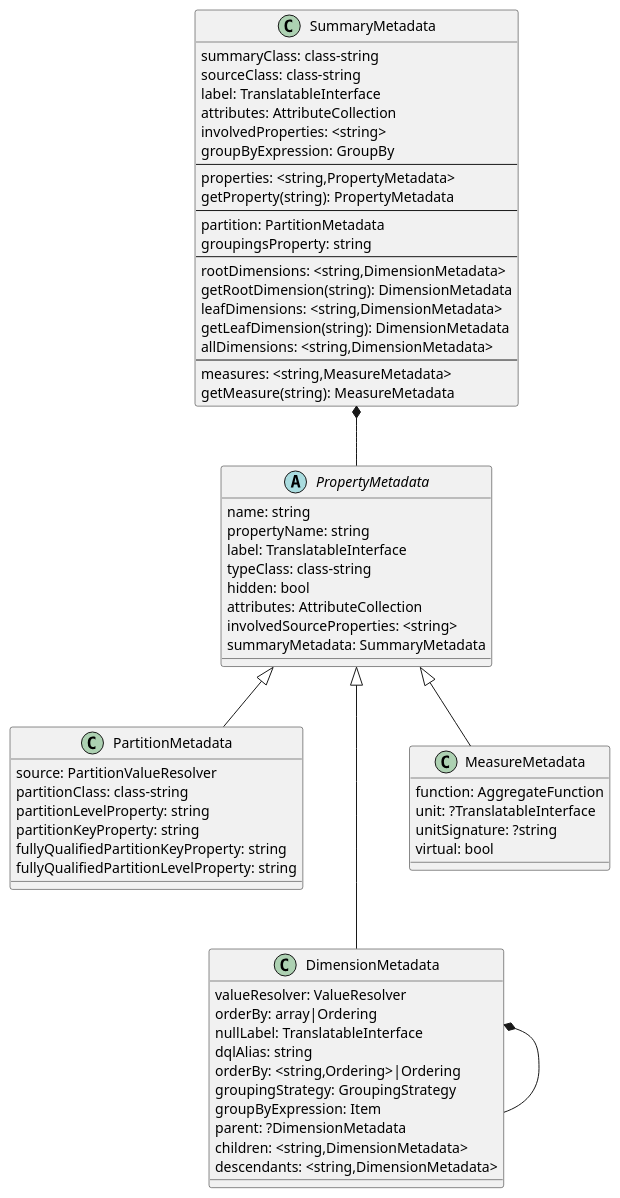
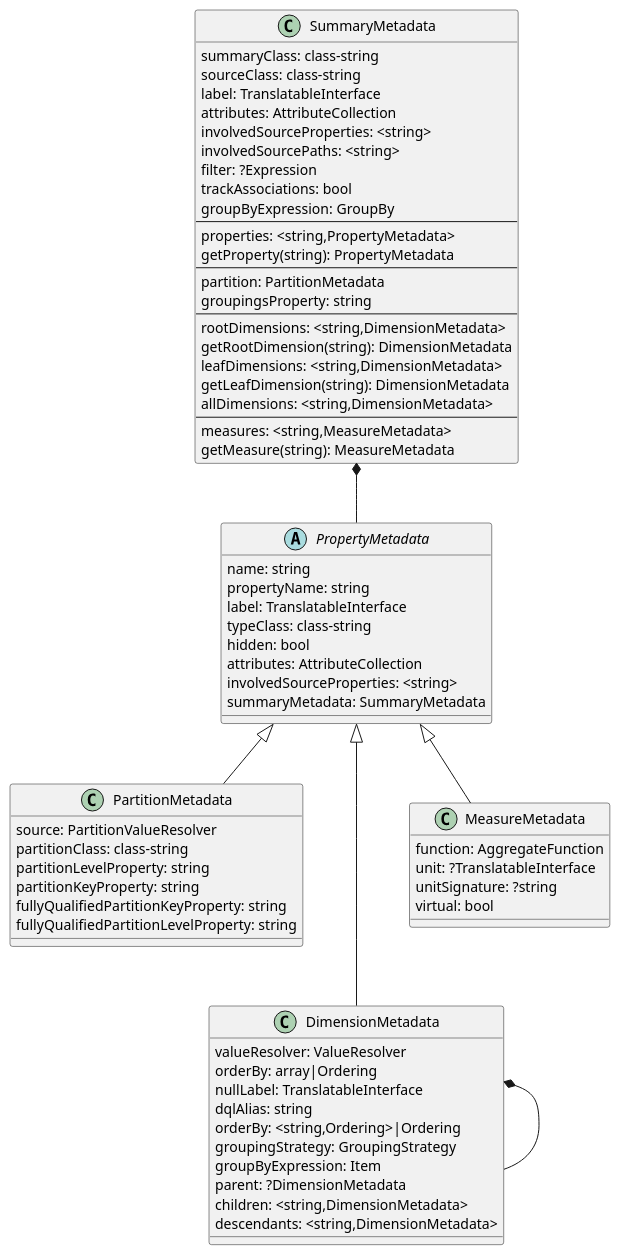
One commit to rekalogika/rekalogika-docs changed the diagram in docs/analytics/10-metadata/diagrams/summary.puml. Above: the diagram before and after it, drawn with PlantUML. The commit also changed 31 other files, not shown here.

```diff
--- a/docs/analytics/10-metadata/diagrams/summary.puml
+++ b/docs/analytics/10-metadata/diagrams/summary.puml
@@ -1,76 +1,79 @@
 @startuml
 
 class SummaryMetadata {
     summaryClass: class-string
     sourceClass: class-string
     label: TranslatableInterface
     attributes: AttributeCollection
-    involvedProperties: <string>
+    involvedSourceProperties: <string>
+    involvedSourcePaths: <string>
+    filter: ?Expression
+    trackAssociations: bool
     groupByExpression: GroupBy
     ---
     properties: <string,PropertyMetadata>
     getProperty(string): PropertyMetadata
     ---
     partition: PartitionMetadata
     groupingsProperty: string
     ---
     rootDimensions: <string,DimensionMetadata>
     getRootDimension(string): DimensionMetadata
     leafDimensions: <string,DimensionMetadata>
     getLeafDimension(string): DimensionMetadata
     allDimensions: <string,DimensionMetadata>
     ---
     measures: <string,MeasureMetadata>
     getMeasure(string): MeasureMetadata
 }
 
 abstract PropertyMetadata {
     name: string
     propertyName: string
     label: TranslatableInterface
     typeClass: class-string
     hidden: bool
     attributes: AttributeCollection
     involvedSourceProperties: <string>
     summaryMetadata: SummaryMetadata
 }
 
 SummaryMetadata *-- PropertyMetadata
 
 class PartitionMetadata {
     source: PartitionValueResolver
     partitionClass: class-string
     partitionLevelProperty: string
     partitionKeyProperty: string
     fullyQualifiedPartitionKeyProperty: string
     fullyQualifiedPartitionLevelProperty: string
 }
 
 PropertyMetadata <|-- PartitionMetadata
 
 class DimensionMetadata {
     valueResolver: ValueResolver
     orderBy: array|Ordering
     nullLabel: TranslatableInterface
     dqlAlias: string
     orderBy: <string,Ordering>|Ordering
     groupingStrategy: GroupingStrategy
     groupByExpression: Item
     parent: ?DimensionMetadata
     children: <string,DimensionMetadata>
     descendants: <string,DimensionMetadata>
 }
 
 PropertyMetadata <|--- DimensionMetadata
 DimensionMetadata *-- DimensionMetadata
 
 class MeasureMetadata {
     function: AggregateFunction
     unit: ?TranslatableInterface
     unitSignature: ?string
     virtual: bool
 }
 
 PropertyMetadata <|-- MeasureMetadata
 
 @enduml
```
